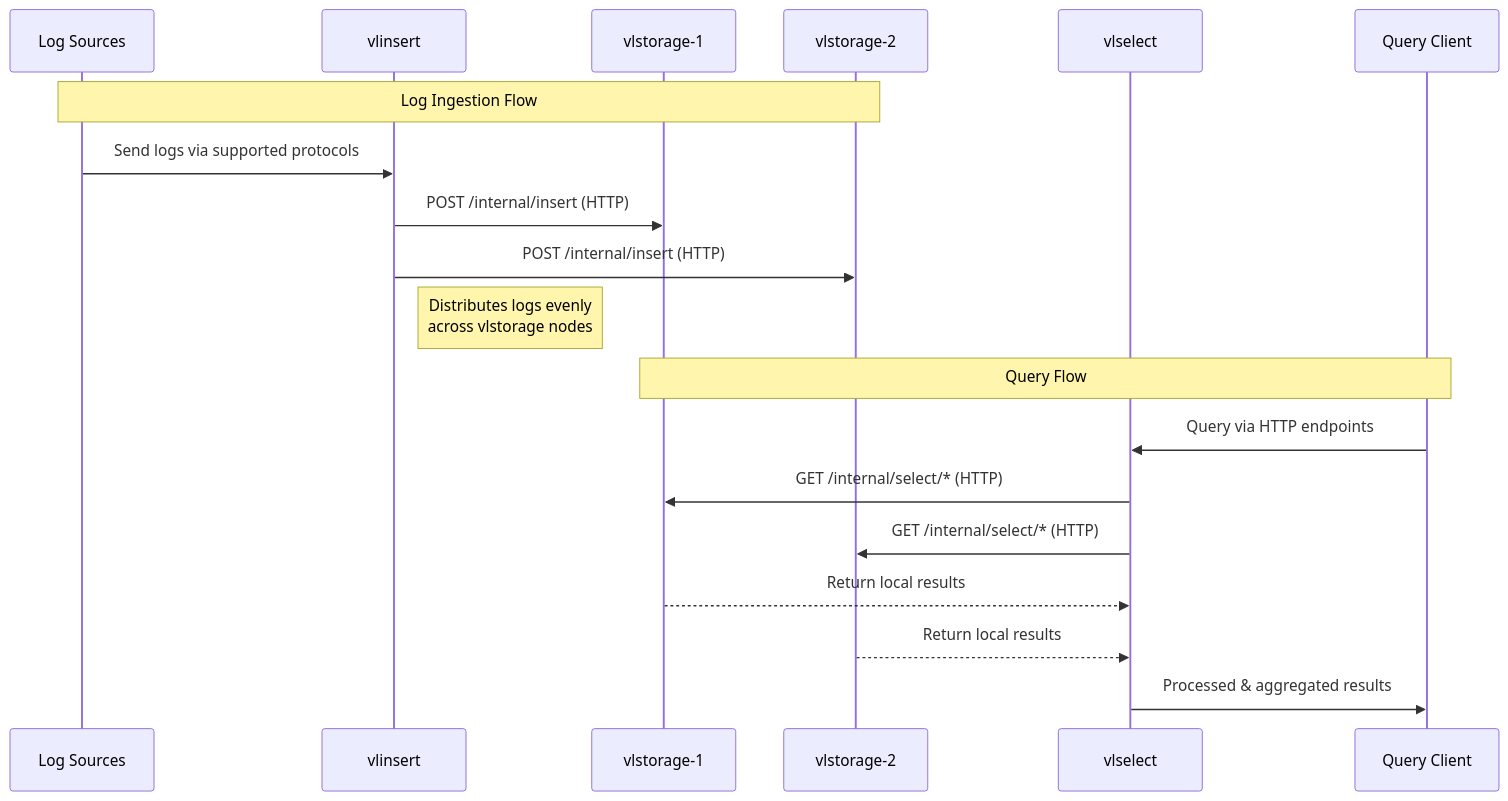
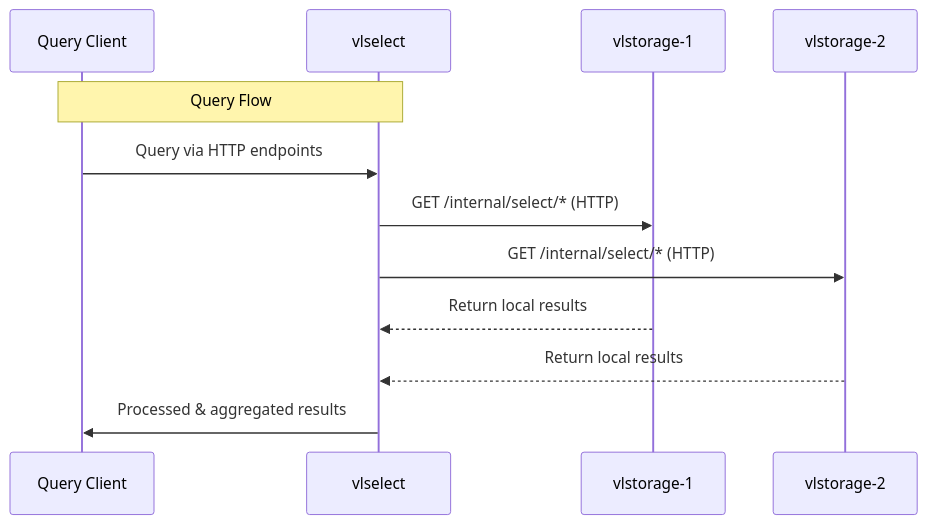
Before and after one commit to rusbomber/VictoriaLogs: the second of 3 diagrams in docs/victorialogs/cluster.md, drawn with Mermaid. The commit also changed other lines of this file, not shown here.

Commit message:
cluster.md: fix typos and improve Mermaid readability (#739)

````diff
--- a/docs/victorialogs/cluster.md
+++ b/docs/victorialogs/cluster.md
@@ -36,23 +54,15 @@
 ```mermaid
 sequenceDiagram
-    participant LS as Log Sources
-    participant VI as vlinsert
+    participant QC as Query Client
+    participant VL as vlselect
     participant VS1 as vlstorage-1
     participant VS2 as vlstorage-2
-    participant VL as vlselect
-    participant QC as Query Client
-    
-    Note over LS,VS2: Log Ingestion Flow
-    LS->>VI: Send logs via supported protocols
-    VI->>VS1: POST /internal/insert (HTTP)
-    VI->>VS2: POST /internal/insert (HTTP)
-    Note right of VI: Distributes logs evenly<br/>across vlstorage nodes
-    
-    Note over VS1,QC: Query Flow
+
+    Note over QC,VL: Query Flow
     QC->>VL: Query via HTTP endpoints
     VL->>VS1: GET /internal/select/* (HTTP)
     VL->>VS2: GET /internal/select/* (HTTP)
     VS1-->>VL: Return local results
     VS2-->>VL: Return local results
     VL->>QC: Processed & aggregated results
 ```
````
